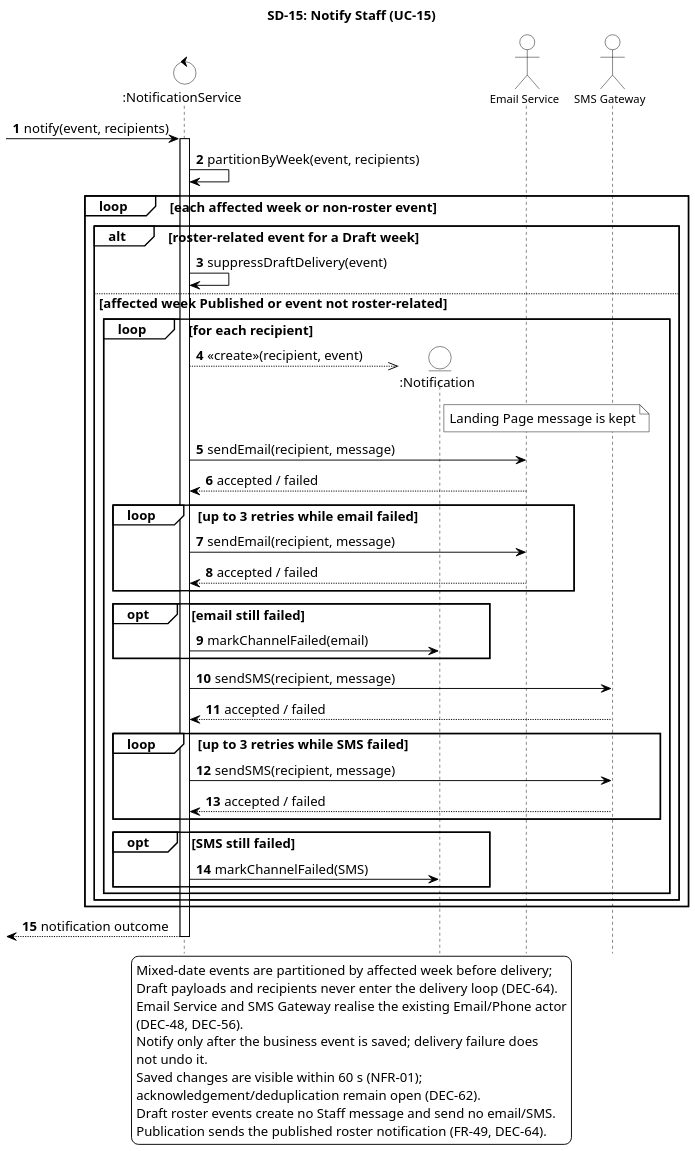
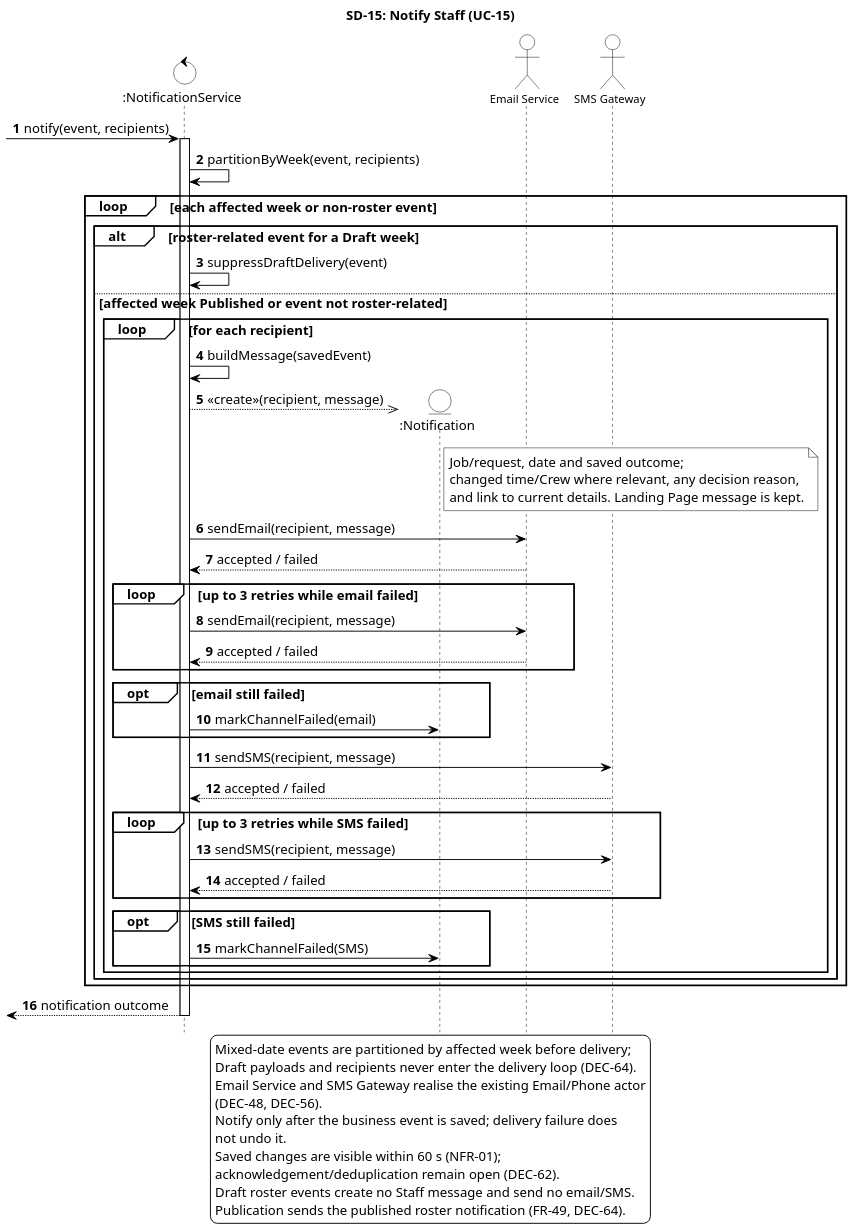
One commit to ZadeNova/inf2001-SE changed the diagram in diagrams/SD-15-notify-staff.puml. Above: the diagram before and after it, drawn with PlantUML. The commit also changed 23 other files, not shown here.

```diff
--- a/diagrams/SD-15-notify-staff.puml
+++ b/diagrams/SD-15-notify-staff.puml
@@ -1,85 +1,91 @@
 @startuml SD-15-notify-staff
 skinparam backgroundColor white
 skinparam shadowing false
 skinparam defaultFontName Arial
 skinparam defaultFontSize 14
 skinparam ArrowColor black
 skinparam ParticipantBackgroundColor white
 skinparam ParticipantBorderColor black
 skinparam ActorBackgroundColor white
 skinparam ActorBorderColor black
 skinparam BoundaryBackgroundColor white
 skinparam BoundaryBorderColor black
 skinparam ControlBackgroundColor white
 skinparam ControlBorderColor black
 skinparam EntityBackgroundColor white
 skinparam EntityBorderColor black
 skinparam SequenceLifeLineBorderColor black
 skinparam SequenceGroupBorderColor black
 skinparam SequenceGroupBackgroundColor white
 skinparam SequenceReferenceBackgroundColor white
 skinparam SequenceReferenceBorderColor black
 skinparam NoteBackgroundColor white
 skinparam NoteBorderColor black
 skinparam dpi 150
 hide footbox
 skinparam maxMessageSize 420
 skinparam wrapWidth 420
 skinparam sequenceParticipantFontSize 12
 skinparam sequenceActorFontSize 12
 autonumber
 title SD-15: Notify Staff (UC-15)
 ' Traces: UC-15; FR-49, FR-64, FR-71; NFR-01, NFR-09
 ' Round-2 detail sources: DEC-62.
 ' Sources: DEC-43, DEC-46, DEC-48, DEC-50; DEC-55, DEC-56; sequence-diagram-review.md.
 ' Round-2 source: DEC-58; sequence-diagram-review-round-2.md.
+' Current source: INT-DCT [Questionnaire C16: DB01]; DEC-69.
 ' Round-3 source: DEC-68; sequence-diagram-review-round-3.md.
 control ":NotificationService" as NS
 entity ":Notification" as NO
 actor "Email Service" as ES
 actor "SMS Gateway" as SMS
 
 [-> NS ++ : notify(event, recipients)
 NS -> NS : partitionByWeek(event, recipients)
 loop each affected week or non-roster event
   alt roster-related event for a Draft week
     NS -> NS : suppressDraftDelivery(event)
   else affected week Published or event not roster-related
     loop for each recipient
-      NS -->> NO ** : <<create>>(recipient, event)
-      note right of NO : Landing Page message is kept
+      NS -> NS : buildMessage(savedEvent)
+      NS -->> NO ** : <<create>>(recipient, message)
+      note right of NO
+        Job/request, date and saved outcome;
+        changed time/Crew where relevant, any decision reason,
+        and link to current details. Landing Page message is kept.
+      end note
       NS -> ES : sendEmail(recipient, message)
       ES --> NS : accepted / failed
       loop up to 3 retries while email failed
         NS -> ES : sendEmail(recipient, message)
         ES --> NS : accepted / failed
       end
       opt email still failed
         NS -> NO : markChannelFailed(email)
       end
       NS -> SMS : sendSMS(recipient, message)
       SMS --> NS : accepted / failed
       loop up to 3 retries while SMS failed
         NS -> SMS : sendSMS(recipient, message)
         SMS --> NS : accepted / failed
       end
       opt SMS still failed
         NS -> NO : markChannelFailed(SMS)
       end
     end
   end
 end
 [<-- NS -- : notification outcome
 legend bottom
 Mixed-date events are partitioned by affected week before delivery;
 Draft payloads and recipients never enter the delivery loop (DEC-64).
 Email Service and SMS Gateway realise the existing Email/Phone actor
 (DEC-48, DEC-56).
 Notify only after the business event is saved; delivery failure does
 not undo it.
 Saved changes are visible within 60 s (NFR-01);
 acknowledgement/deduplication remain open (DEC-62).
 Draft roster events create no Staff message and send no email/SMS.
 Publication sends the published roster notification (FR-49, DEC-64).
 endlegend
 @enduml
```
